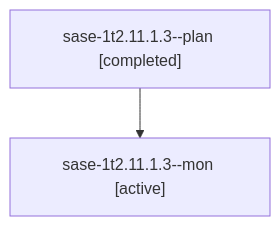
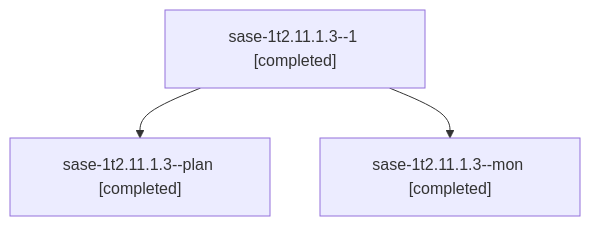
One commit to sase-org/sase--agents changed the diagram in sessions/bbugyi200.athena.sase-1t2.11.1.3.md. Above: the diagram before and after it, drawn with Mermaid. The commit also changed other lines of this file and 148 other files, not shown here.

````diff
--- a/sessions/bbugyi200.athena.sase-1t2.11.1.3.md
+++ b/sessions/bbugyi200.athena.sase-1t2.11.1.3.md
@@ -9,6 +9,8 @@
 ```mermaid
 flowchart TD
-  n0["sase-1t2.11.1.3--plan [completed]"]
-  n1["sase-1t2.11.1.3--mon [active]"]
+  n0["sase-1t2.11.1.3--1 [completed]"]
+  n1["sase-1t2.11.1.3--plan [completed]"]
   n0 --> n1
+  n2["sase-1t2.11.1.3--mon [completed]"]
+  n0 --> n2
 ```
````
